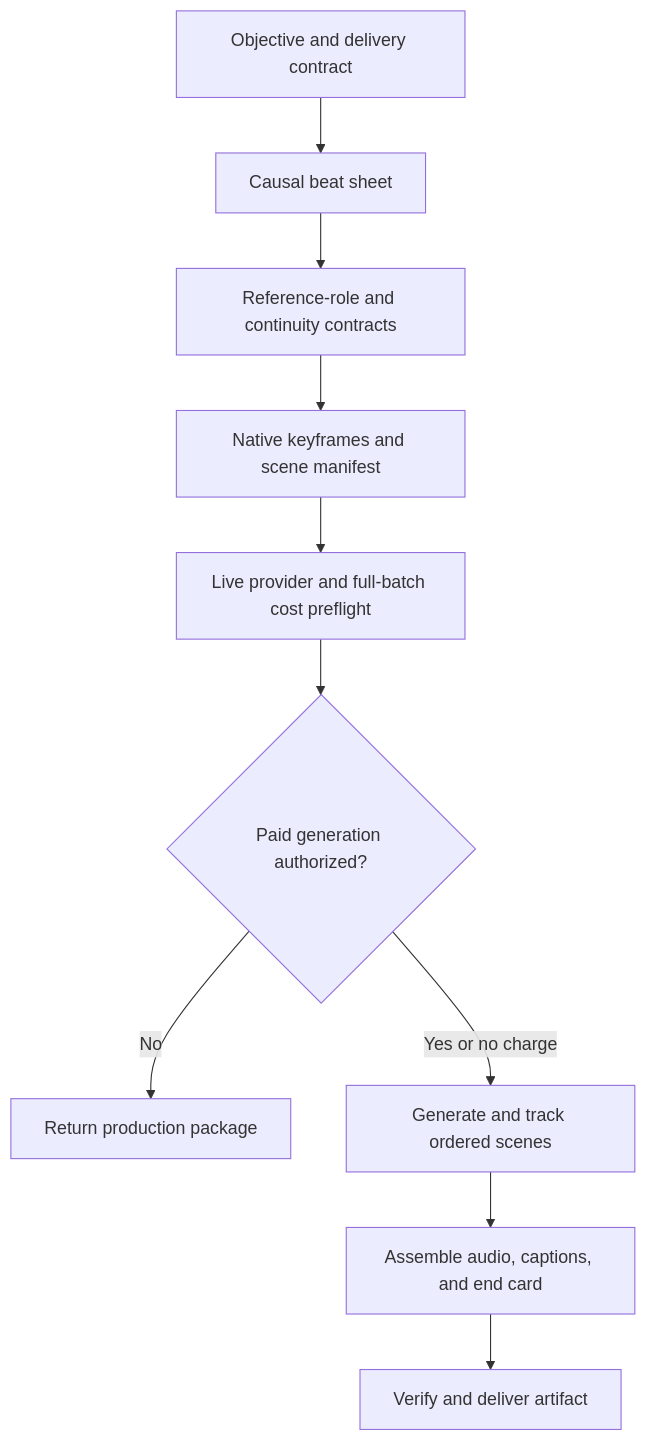
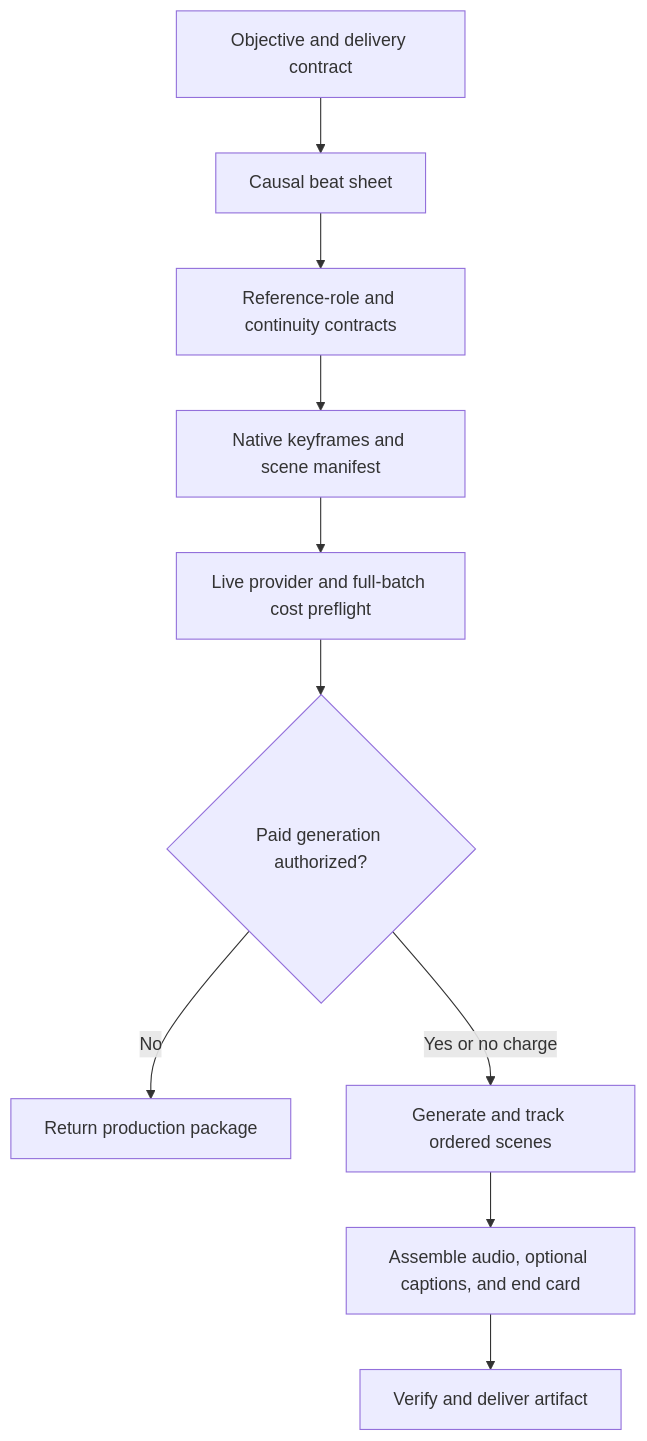
Before and after one commit to vladicaster/agent-skills: the diagram in creative/produce-reference-driven-video/README.md, drawn with Mermaid. The commit also changed other lines of this file and 2 other files, not shown here.

Commit message:
Clarify captions are optional

````diff
--- a/creative/produce-reference-driven-video/README.md
+++ b/creative/produce-reference-driven-video/README.md
@@ -48,12 +48,12 @@
 ```mermaid
 flowchart TD
     A[Objective and delivery contract] --> B[Causal beat sheet]
     B --> C[Reference-role and continuity contracts]
     C --> D[Native keyframes and scene manifest]
     D --> E[Live provider and full-batch cost preflight]
     E --> F{Paid generation authorized?}
     F -->|No| G[Return production package]
     F -->|Yes or no charge| H[Generate and track ordered scenes]
-    H --> I[Assemble audio, captions, and end card]
+    H --> I[Assemble audio, optional captions, and end card]
     I --> J[Verify and deliver artifact]
 ```
````
